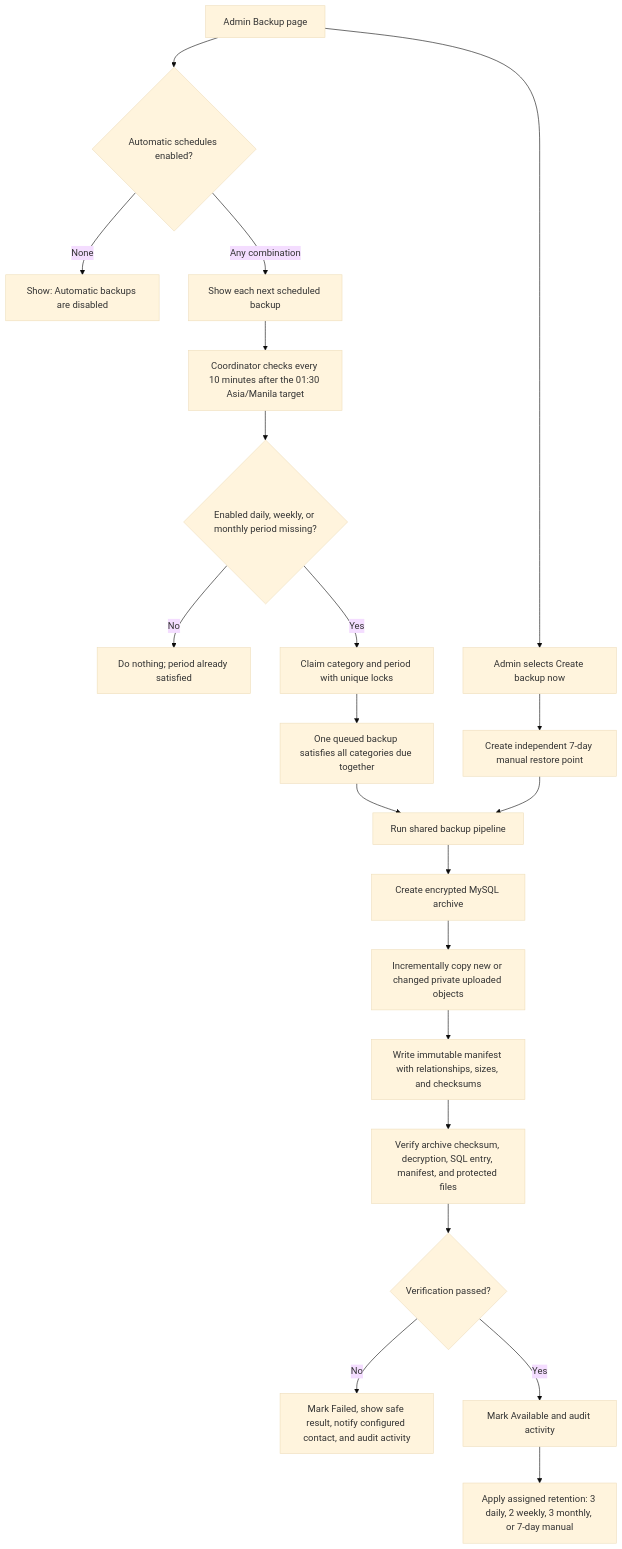
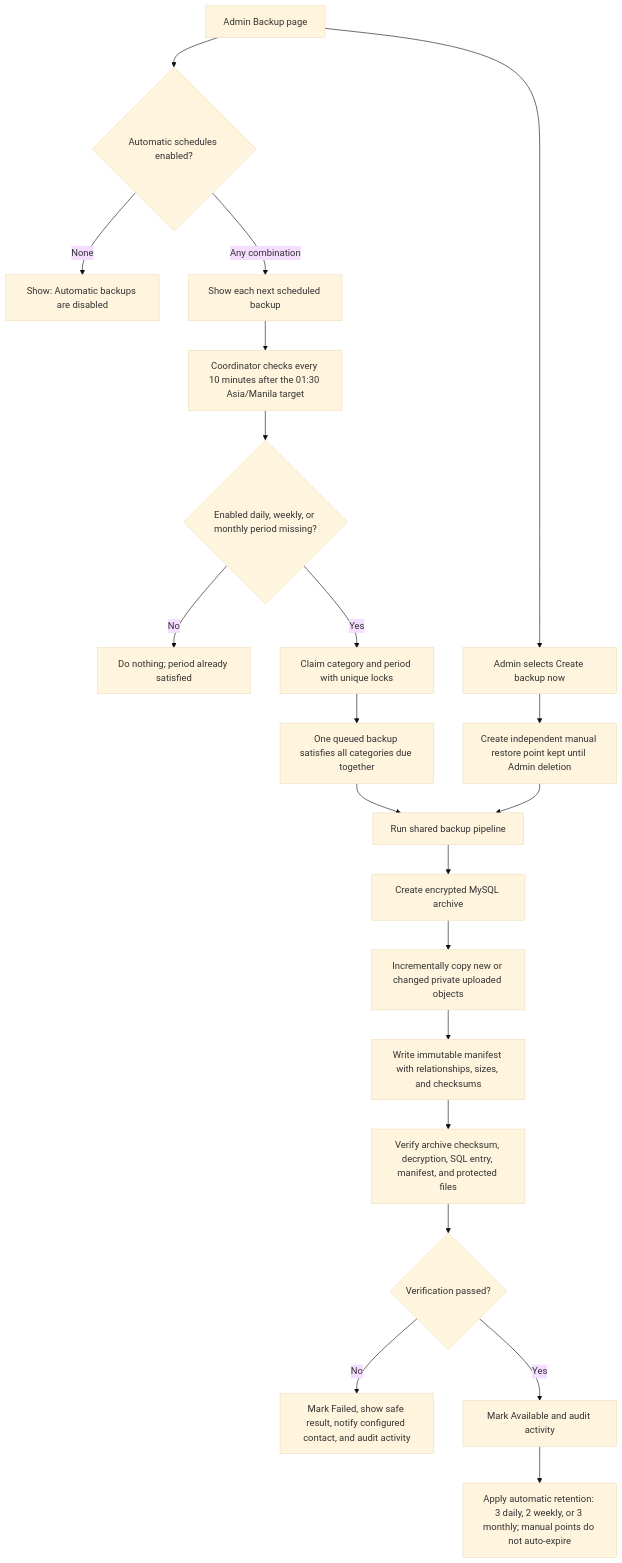
Before and after one commit to ja2gc/Nutriscope: the first of 4 diagrams in docs/modules/Flowcharts/Backup and Recovery.md, drawn with Mermaid (base theme). The commit also changed other lines of this file and 42 other files, not shown here.

````diff
--- a/docs/modules/Flowcharts/Backup and Recovery.md
+++ b/docs/modules/Flowcharts/Backup and Recovery.md
@@ -7,23 +7,23 @@
 ```mermaid
 flowchart TD
     A["Admin Backup page"] --> B{"Automatic schedules enabled?"}
     B -->|"None"| C["Show: Automatic backups are disabled"]
     B -->|"Any combination"| D["Show each next scheduled backup"]
     D --> E["Coordinator checks every 10 minutes after the 01:30 Asia/Manila target"]
     E --> F{"Enabled daily, weekly, or monthly period missing?"}
     F -->|"No"| G["Do nothing; period already satisfied"]
     F -->|"Yes"| H["Claim category and period with unique locks"]
     H --> I["One queued backup satisfies all categories due together"]
     A --> J["Admin selects Create backup now"]
-    J --> K["Create independent 7-day manual restore point"]
+    J --> K["Create independent manual restore point kept until Admin deletion"]
     I --> L["Run shared backup pipeline"]
     K --> L
     L --> M["Create encrypted MySQL archive"]
     M --> N["Incrementally copy new or changed private uploaded objects"]
     N --> O["Write immutable manifest with relationships, sizes, and checksums"]
     O --> P["Verify archive checksum, decryption, SQL entry, manifest, and protected files"]
     P --> Q{"Verification passed?"}
     Q -->|"No"| R["Mark Failed, show safe result, notify configured contact, and audit activity"]
     Q -->|"Yes"| S["Mark Available and audit activity"]
-    S --> T["Apply assigned retention: 3 daily, 2 weekly, 3 monthly, or 7-day manual"]
+    S --> T["Apply automatic retention: 3 daily, 2 weekly, or 3 monthly; manual points do not auto-expire"]
 ```
````
